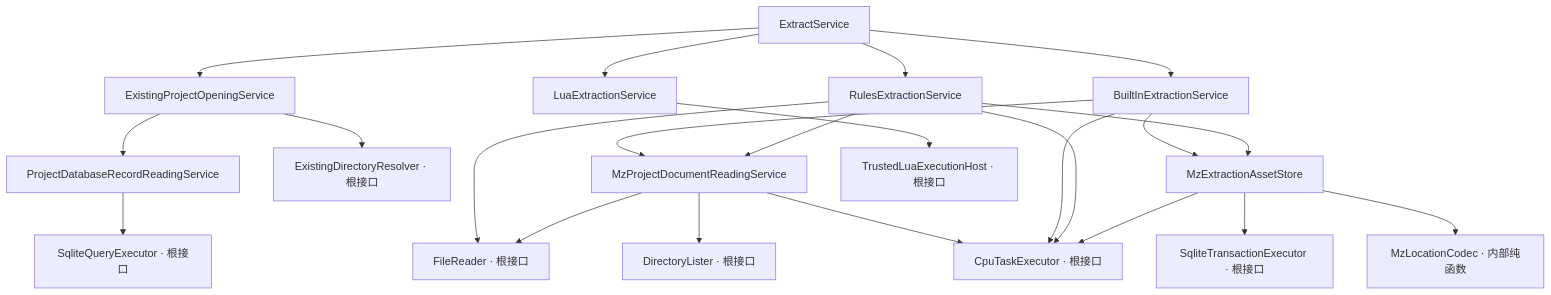
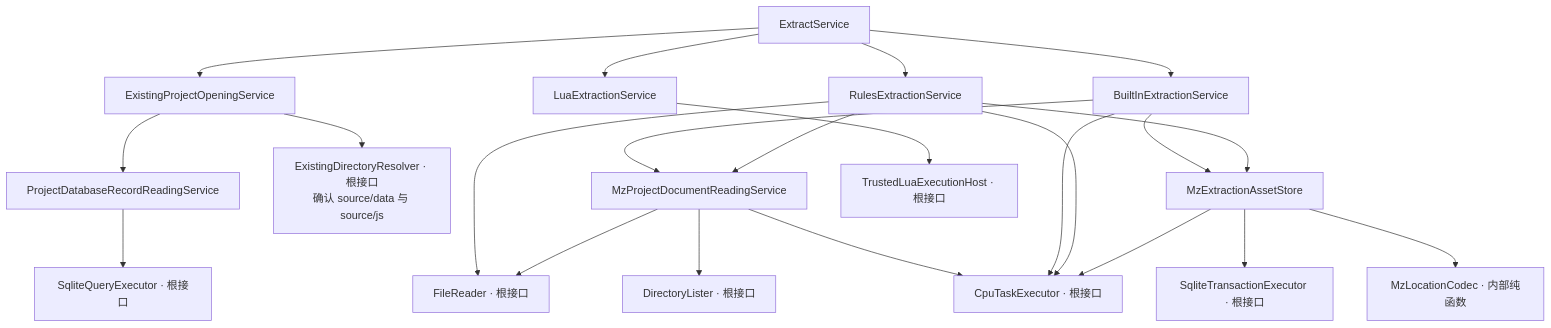
Before and after one commit to OYcedar/att-mz: the diagram in docs/specs/mz-extraction.md, drawn with Mermaid. The commit also changed other lines of this file and 22 other files, not shown here.

````diff
--- a/docs/specs/mz-extraction.md
+++ b/docs/specs/mz-extraction.md
@@ -264,28 +269,28 @@
 ```mermaid
 flowchart TD
     ES["ExtractService"] --> OS["ExistingProjectOpeningService"]
     ES --> BS["BuiltInExtractionService"]
     ES --> RS["RulesExtractionService"]
     ES --> LS["LuaExtractionService"]
 
     OS --> PR["ProjectDatabaseRecordReadingService"]
-    OS --> EDR["ExistingDirectoryResolver · 根接口"]
+    OS --> EDR["ExistingDirectoryResolver · 根接口<br/>确认 source/data 与 source/js"]
     PR --> SQ["SqliteQueryExecutor · 根接口"]
 
     BS --> DR["MzProjectDocumentReadingService"]
     RS --> DR
     RS --> FR["FileReader · 根接口"]
     DR --> FR
     DR --> DL["DirectoryLister · 根接口"]
     DR --> CPU["CpuTaskExecutor · 根接口"]
 
     BS --> STORE["MzExtractionAssetStore"]
     RS --> STORE
     BS --> CPU
     RS --> CPU
     STORE --> CPU
     STORE --> ST["SqliteTransactionExecutor · 根接口"]
     STORE --> LC["MzLocationCodec · 内部纯函数"]
 
     LS --> LUA["TrustedLuaExecutionHost · 根接口"]
 ```
````
